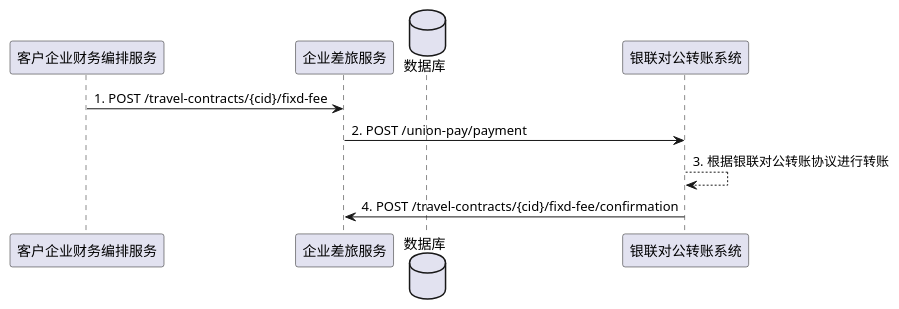
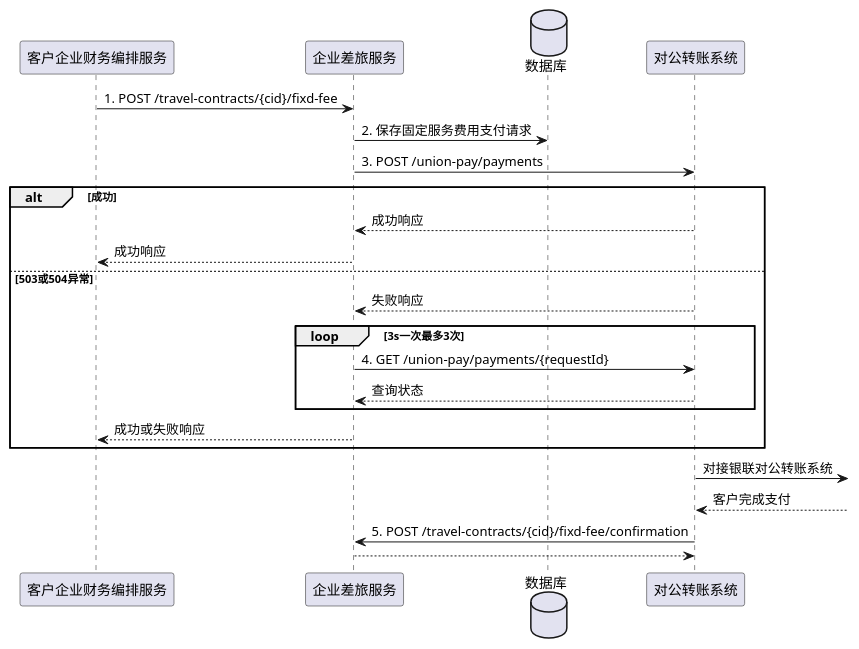
The diagram in images/CPafter.wsd (deesyx/heima), drawn with PlantUML before and after one commit. The commit also changed 17 other files, not shown here.

```diff
--- a/images/CPafter.wsd
+++ b/images/CPafter.wsd
@@ -1,13 +1,27 @@
 @startuml
 
 participant 客户企业财务编排服务 as f
 participant 企业差旅服务 as t
 database 数据库 as db
-participant 银联对公转账系统 as u
+participant 对公转账系统 as u
 
 f -> t: 1. POST /travel-contracts/{cid}/fixd-fee
-t -> u: 2. POST /union-pay/payment
-u --> u: 3. 根据银联对公转账协议进行转账
-u -> t: 4. POST /travel-contracts/{cid}/fixd-fee/confirmation
+t -> db: 2. 保存固定服务费用支付请求
+t -> u: 3. POST /union-pay/payments
+alt 成功
+    u --> t: 成功响应
+    t --> f: 成功响应
+else 503或504异常
+    u --> t: 失败响应
+    loop 3s一次最多3次
+        t -> u: 4. GET /union-pay/payments/{requestId}
+        u --> t: 查询状态
+    end
+    t --> f: 成功或失败响应
+end
+u -> : 对接银联对公转账系统
+u <-- : 客户完成支付
+u -> t: 5. POST /travel-contracts/{cid}/fixd-fee/confirmation
+t --> u
 
 @enduml
```
